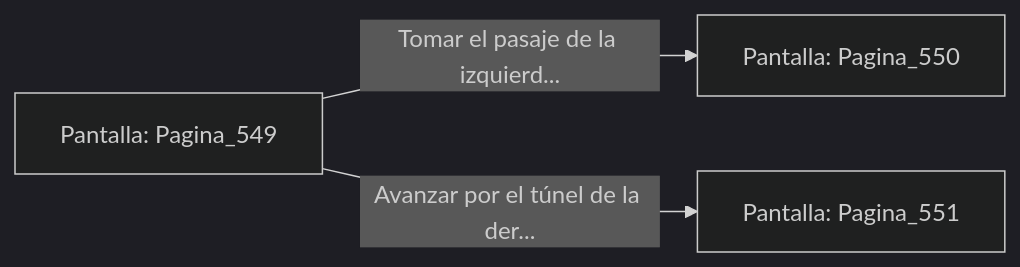
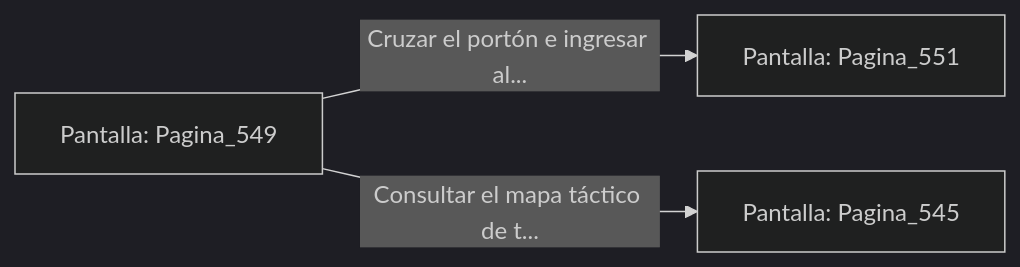
The diagram in sample/eligejuego-vault/Pantalla_Pagina_549.md (metsuke/mpl), drawn with Mermaid (dark theme) before and after one commit. The commit also changed other lines of this file and 635 other files, not shown here.

First line of the commit message:
fix: añadir Pagina_1 como pantalla inicial en capitulo_01.mpl

````diff
--- a/sample/eligejuego-vault/Pantalla_Pagina_549.md
+++ b/sample/eligejuego-vault/Pantalla_Pagina_549.md
@@ -20,6 +24,6 @@
 ```mermaid
 graph LR
     P_Pagina_549["Pantalla: Pagina_549"]
-    P_Pagina_549 -->|"Tomar el pasaje de la izquierd..."| P_Pagina_550["Pantalla: Pagina_550"]
-    P_Pagina_549 -->|"Avanzar por el túnel de la der..."| P_Pagina_551["Pantalla: Pagina_551"]
+    P_Pagina_549 -->|"Cruzar el portón e ingresar al..."| P_Pagina_551["Pantalla: Pagina_551"]
+    P_Pagina_549 -->|"Consultar el mapa táctico de t..."| P_Pagina_545["Pantalla: Pagina_545"]
 ```
````
